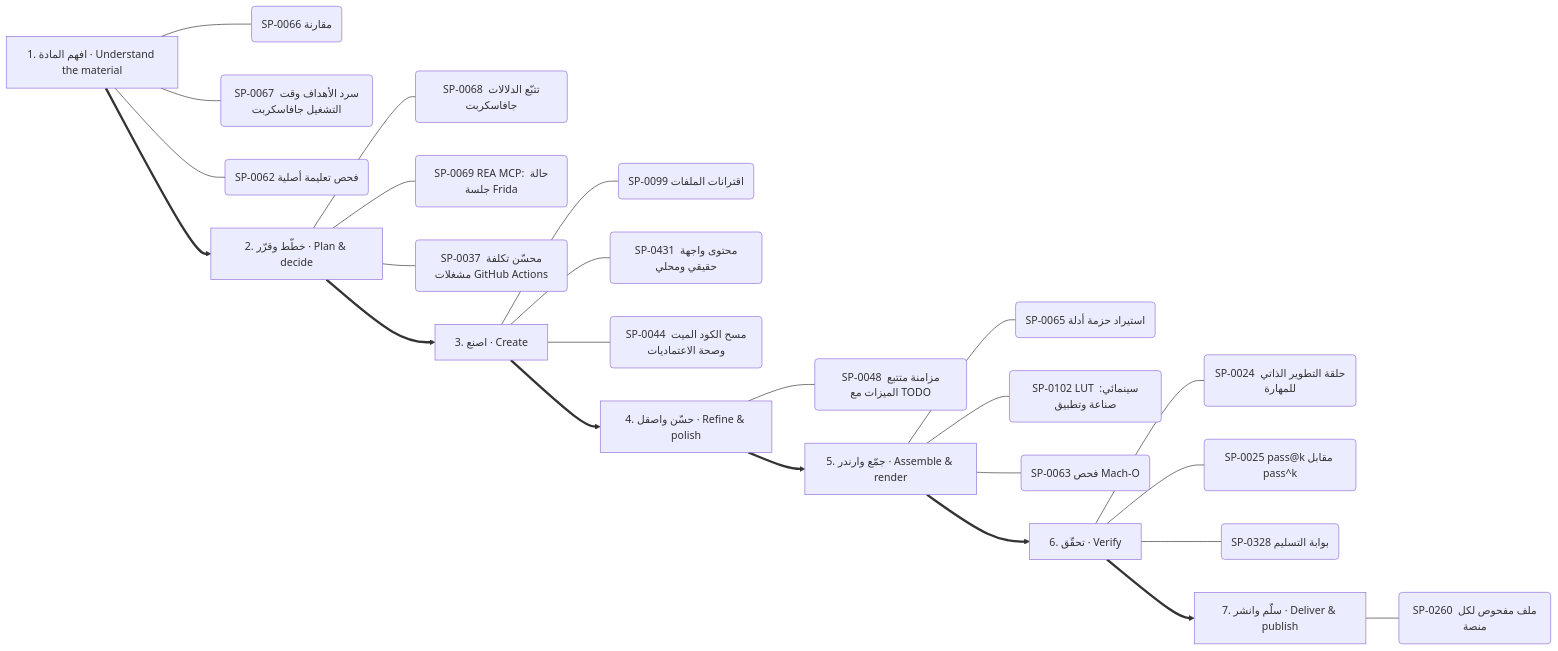
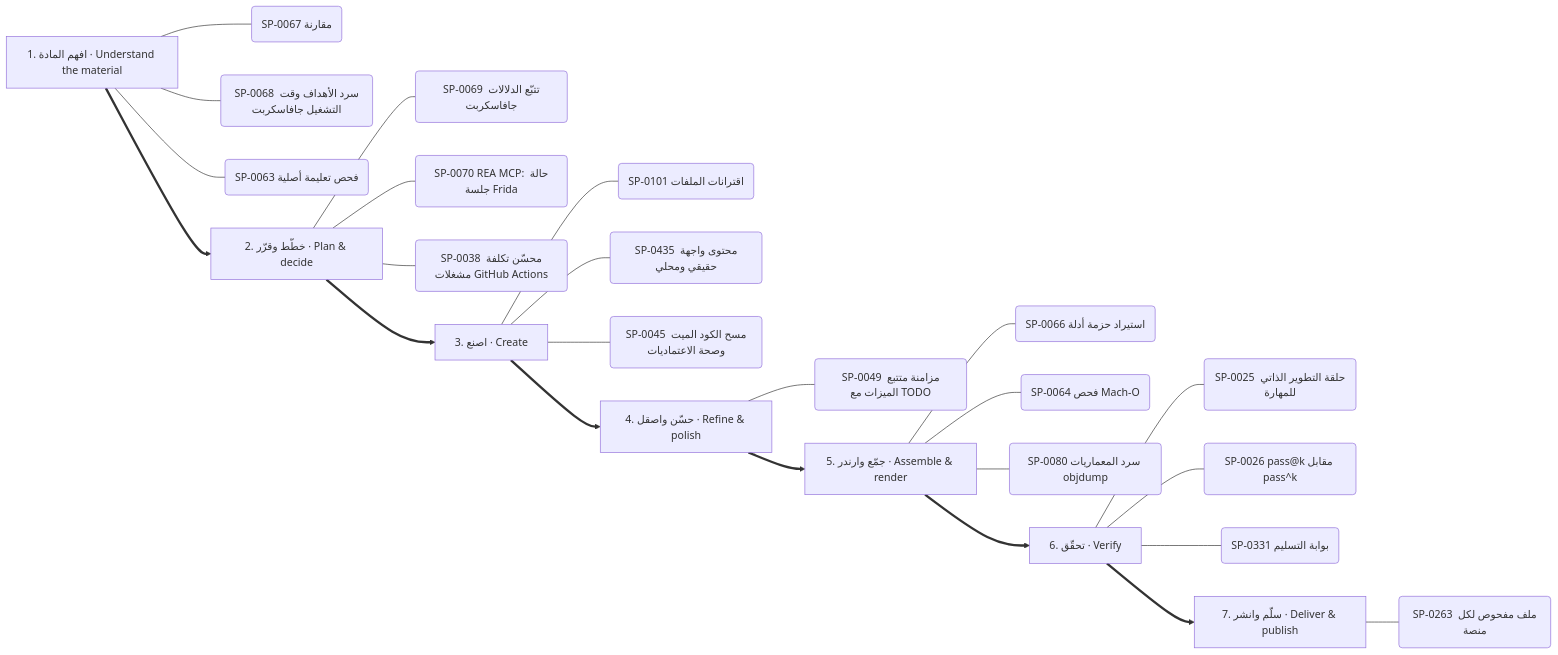
One commit to kosif199022-jpg/kosif-tool changed diagram 11 of 13 in .claude/skills/kosif-superpowers/references/capability-mindmap.md. Above: the diagram before and after it, drawn with Mermaid. The commit also changed other lines of this file and 37 other files, not shown here.

````diff
--- a/.claude/skills/kosif-superpowers/references/capability-mindmap.md
+++ b/.claude/skills/kosif-superpowers/references/capability-mindmap.md
@@ -544,33 +545,33 @@
 ```mermaid
 flowchart LR
   S0["1. افهم المادة · Understand the material"]
-  S0 --- S0_0("SP-0066 مقارنة")
-  S0 --- S0_1("SP-0067 سرد الأهداف وقت التشغيل جافاسكربت")
-  S0 --- S0_2("SP-0062 فحص تعليمة أصلية")
+  S0 --- S0_0("SP-0067 مقارنة")
+  S0 --- S0_1("SP-0068 سرد الأهداف وقت التشغيل جافاسكربت")
+  S0 --- S0_2("SP-0063 فحص تعليمة أصلية")
   S1["2. خطّط وقرّر · Plan & decide"]
-  S1 --- S1_0("SP-0068 تتبّع الدلالات جافاسكربت")
-  S1 --- S1_1("SP-0069 REA MCP: حالة جلسة Frida")
-  S1 --- S1_2("SP-0037 محسّن تكلفة مشغلات GitHub Actions")
+  S1 --- S1_0("SP-0069 تتبّع الدلالات جافاسكربت")
+  S1 --- S1_1("SP-0070 REA MCP: حالة جلسة Frida")
+  S1 --- S1_2("SP-0038 محسّن تكلفة مشغلات GitHub Actions")
   S0 ==> S1
   S2["3. اصنع · Create"]
-  S2 --- S2_0("SP-0099 اقترانات الملفات")
-  S2 --- S2_1("SP-0431 محتوى واجهة حقيقي ومحلي")
-  S2 --- S2_2("SP-0044 مسح الكود الميت وصحة الاعتماديات")
+  S2 --- S2_0("SP-0101 اقترانات الملفات")
+  S2 --- S2_1("SP-0435 محتوى واجهة حقيقي ومحلي")
+  S2 --- S2_2("SP-0045 مسح الكود الميت وصحة الاعتماديات")
   S1 ==> S2
   S3["4. حسّن واصقل · Refine & polish"]
-  S3 --- S3_0("SP-0048 مزامنة متتبع الميزات مع TODO")
+  S3 --- S3_0("SP-0049 مزامنة متتبع الميزات مع TODO")
   S2 ==> S3
   S4["5. جمّع وارندر · Assemble & render"]
-  S4 --- S4_0("SP-0065 استيراد حزمة أدلة")
-  S4 --- S4_1("SP-0102 LUT سينمائي: صناعة وتطبيق")
-  S4 --- S4_2("SP-0063 فحص Mach-O")
+  S4 --- S4_0("SP-0066 استيراد حزمة أدلة")
+  S4 --- S4_1("SP-0064 فحص Mach-O")
+  S4 --- S4_2("SP-0080 سرد المعماريات objdump")
   S3 ==> S4
   S5["6. تحقّق · Verify"]
-  S5 --- S5_0("SP-0024 حلقة التطوير الذاتي للمهارة")
-  S5 --- S5_1("SP-0025 pass@k مقابل pass^k")
-  S5 --- S5_2("SP-0328 بوابة التسليم")
+  S5 --- S5_0("SP-0025 حلقة التطوير الذاتي للمهارة")
+  S5 --- S5_1("SP-0026 pass@k مقابل pass^k")
+  S5 --- S5_2("SP-0331 بوابة التسليم")
   S4 ==> S5
   S6["7. سلّم وانشر · Deliver & publish"]
-  S6 --- S6_0("SP-0260 ملف مفحوص لكل منصة")
+  S6 --- S6_0("SP-0263 ملف مفحوص لكل منصة")
   S5 ==> S6
 ```
````
